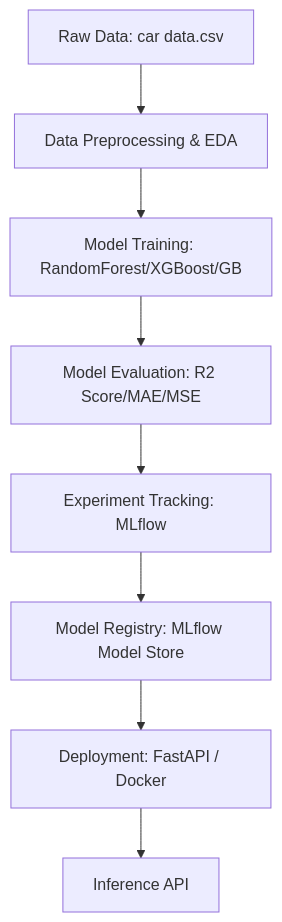
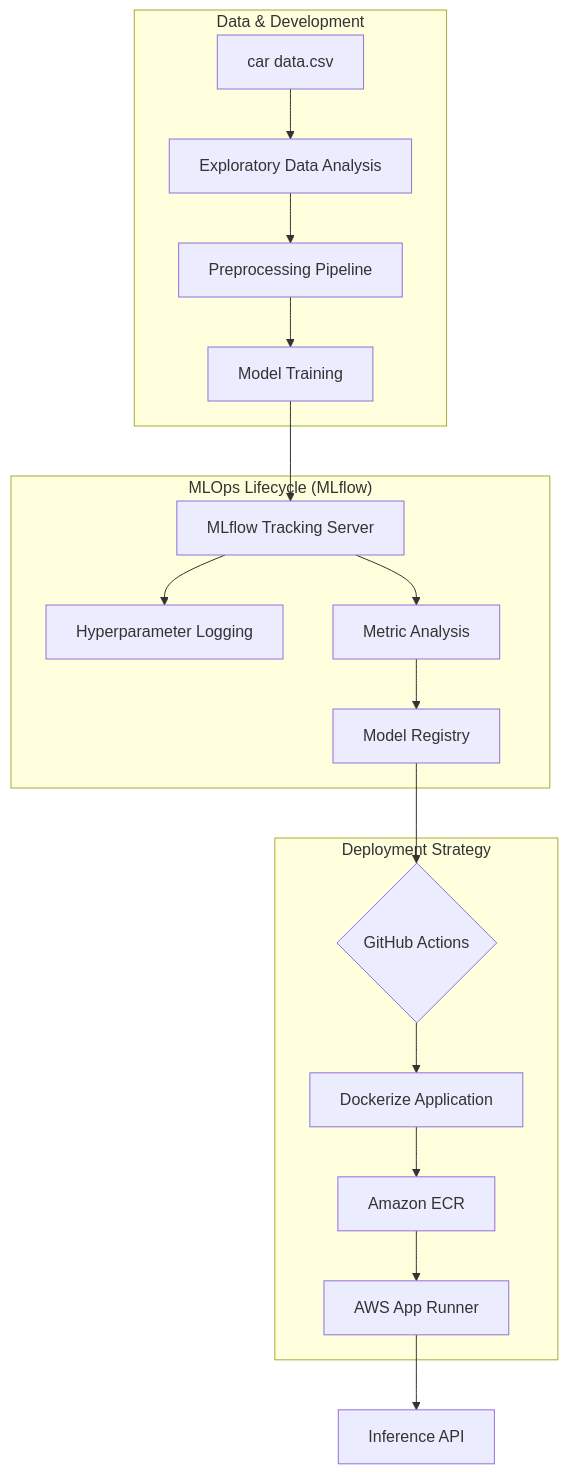
One commit to AbubakrDA/Cars-Prediction-Price-MLOPS-System changed the diagram in README.md. Above: the diagram before and after it, drawn with Mermaid. The commit also changed other lines of this file and 2 other files, not shown here.

````diff
--- a/README.md
+++ b/README.md
@@ -10,10 +16,24 @@
 ```mermaid
 graph TD
-    A[Raw Data: car data.csv] --> B[Data Preprocessing & EDA]
-    B --> C[Model Training: RandomForest/XGBoost/GB]
-    C --> D[Model Evaluation: R2 Score/MAE/MSE]
-    D --> E[Experiment Tracking: MLflow]
-    E --> F[Model Registry: MLflow Model Store]
-    F --> G[Deployment: FastAPI / Docker]
-    G --> H[Inference API]
+    subgraph "Data & Development"
+        A[car data.csv] --> B[Exploratory Data Analysis]
+        B --> C[Preprocessing Pipeline]
+        C --> D[Model Training]
+    end
+
+    subgraph "MLOps Lifecycle (MLflow)"
+        D --> E[MLflow Tracking Server]
+        E --> F[Hyperparameter Logging]
+        E --> G[Metric Analysis]
+        G --> H[Model Registry]
+    end
+
+    subgraph "Deployment Strategy"
+        H --> I{GitHub Actions}
+        I --> J[Dockerize Application]
+        J --> K[Amazon ECR]
+        K --> L[AWS App Runner]
+    end
+
+    L --> M[Inference API]
 ```
````
